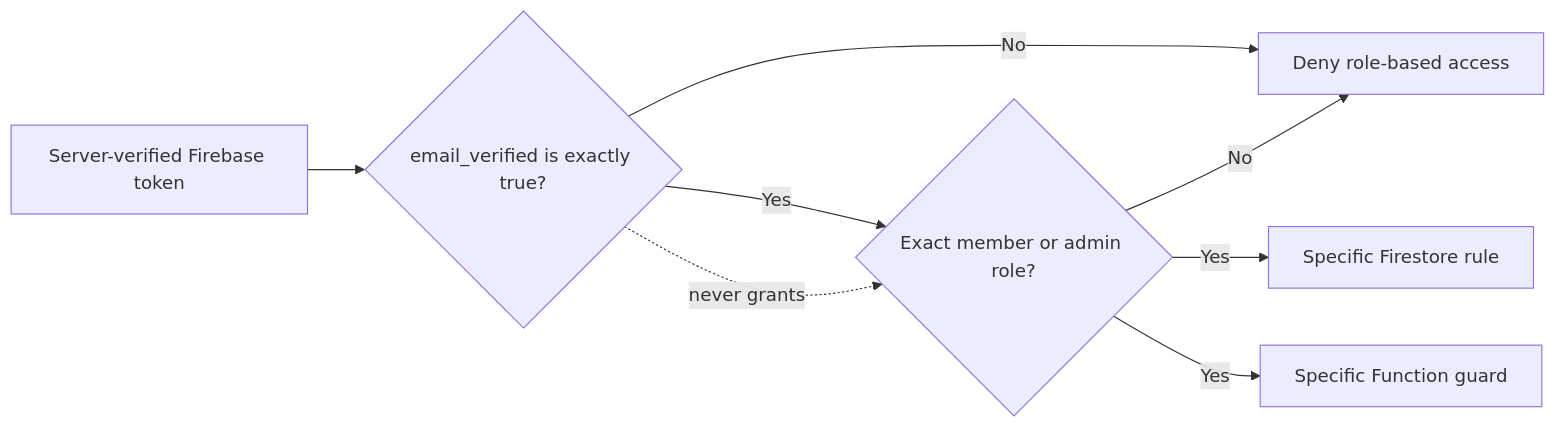
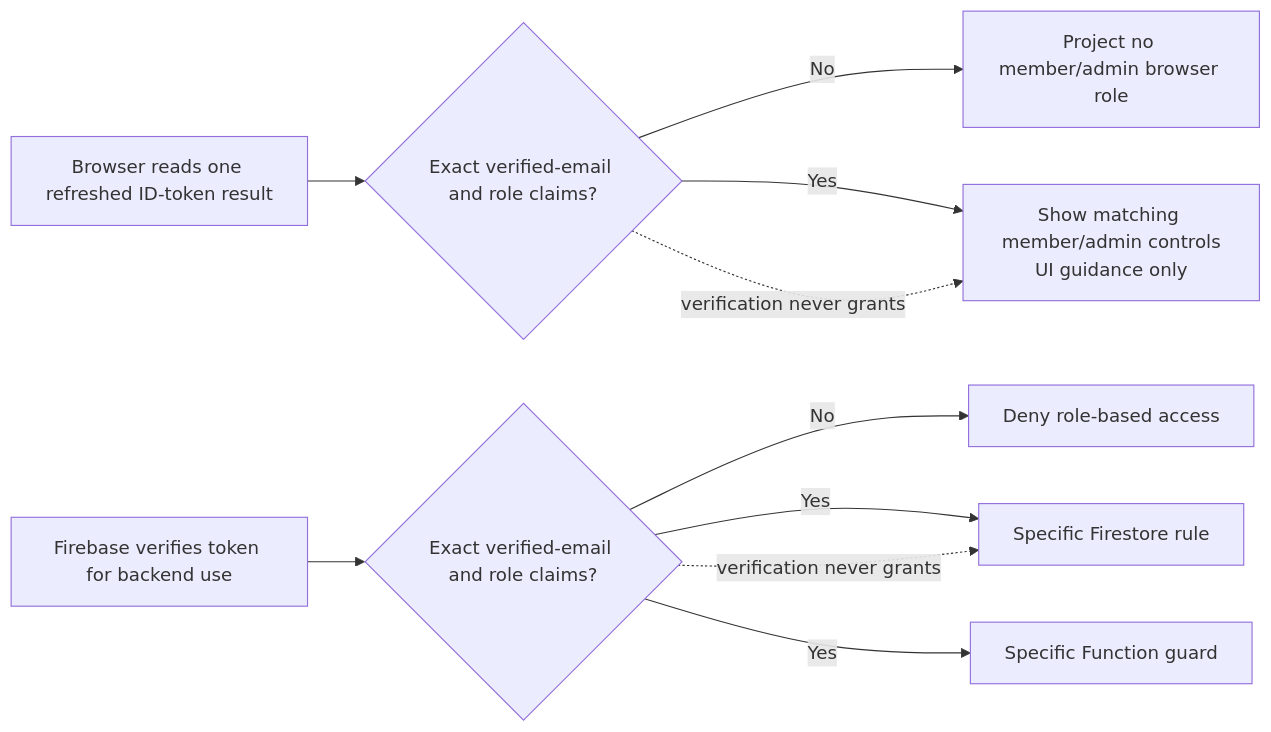
Before and after one commit to Run-MPRC/Run-MPRC.github.io: the sixth of 10 diagrams in SYSTEM_DESIGN.md, drawn with Mermaid. The commit also changed other lines of this file and 8 other files, not shown here.

Commit message:
AUTH-001D1: fail closed browser role projection (#216)

````diff
--- a/SYSTEM_DESIGN.md
+++ b/SYSTEM_DESIGN.md
@@ -253,10 +253,12 @@
 ```mermaid
 flowchart LR
-    Token["Server-verified Firebase token"] --> Verified{"email_verified is exactly true?"}
-    Verified -- "No" --> Deny["Deny role-based access"]
-    Verified -- "Yes" --> Role{"Exact member or admin role?"}
-    Role -- "No" --> Deny
-    Role -- "Yes" --> Rules["Specific Firestore rule"]
-    Role -- "Yes" --> Function["Specific Function guard"]
-    Verified -. "never grants" .-> Role
+    BrowserToken["Browser reads one refreshed ID-token result"] --> BrowserCheck{"Exact verified-email and role claims?"}
+    BrowserCheck -- "No" --> Hide["Project no member/admin browser role"]
+    BrowserCheck -- "Yes" --> UI["Show matching member/admin controls\nUI guidance only"]
+    ServerToken["Firebase verifies token for backend use"] --> ServerCheck{"Exact verified-email and role claims?"}
+    ServerCheck -- "No" --> Deny["Deny role-based access"]
+    ServerCheck -- "Yes" --> Rules["Specific Firestore rule"]
+    ServerCheck -- "Yes" --> Function["Specific Function guard"]
+    BrowserCheck -. "verification never grants" .-> UI
+    ServerCheck -. "verification never grants" .-> Rules
 ```
````
